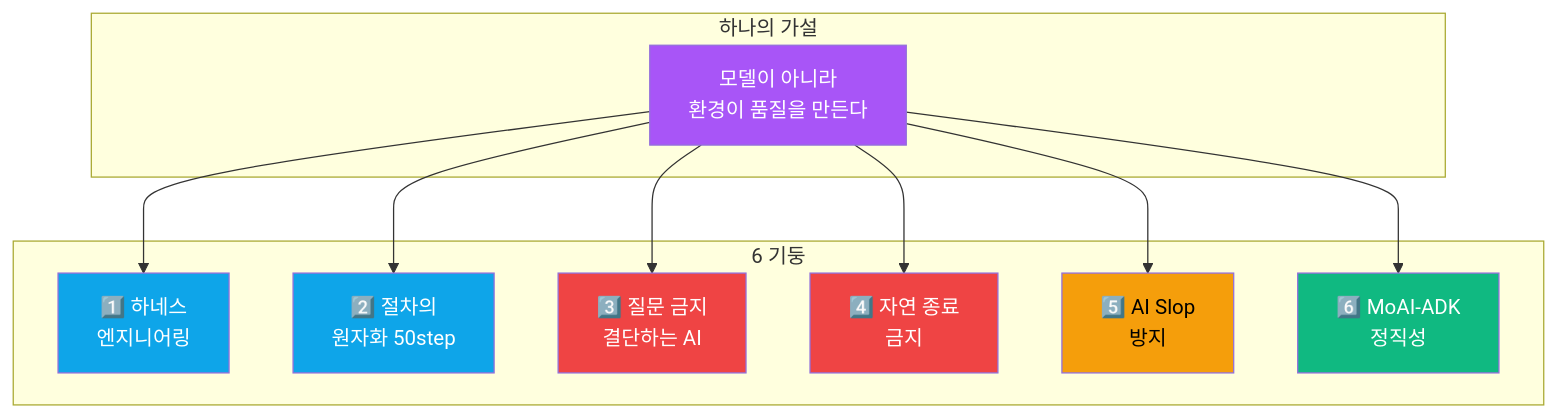
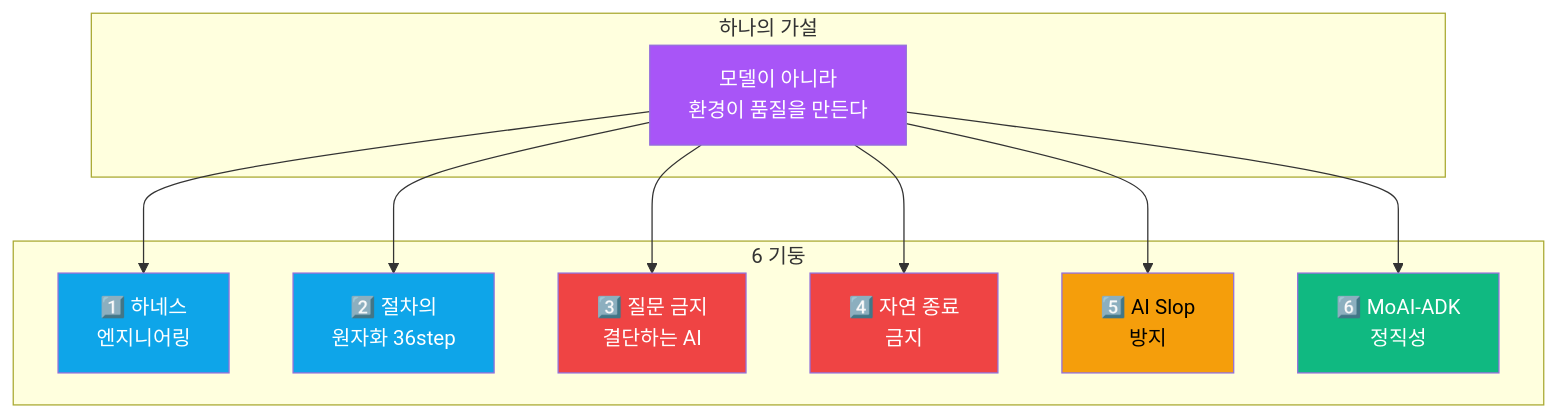
Before and after one commit to Technoetic/harness20: the third of 4 diagrams in README.md, drawn with Mermaid. The commit also changed other lines of this file and 27 other files, not shown here.

````diff
--- a/README.md
+++ b/README.md
@@ -370,30 +421,30 @@
 ```mermaid
 graph TB
     subgraph philosophy["하나의 가설"]
         H["모델이 아니라<br/>환경이 품질을 만든다"]
     end
 
     subgraph six["6 기둥"]
         P1["1️⃣ 하네스<br/>엔지니어링"]
-        P2["2️⃣ 절차의<br/>원자화 50step"]
+        P2["2️⃣ 절차의<br/>원자화 36step"]
         P3["3️⃣ 질문 금지<br/>결단하는 AI"]
         P4["4️⃣ 자연 종료<br/>금지"]
         P5["5️⃣ AI Slop<br/>방지"]
         P6["6️⃣ MoAI-ADK<br/>정직성"]
     end
 
     H --> P1
     H --> P2
     H --> P3
     H --> P4
     H --> P5
     H --> P6
 
     style H fill:#A855F7,color:#fff
     style P1 fill:#0EA5E9,color:#fff
     style P2 fill:#0EA5E9,color:#fff
     style P3 fill:#EF4444,color:#fff
     style P4 fill:#EF4444,color:#fff
     style P5 fill:#F59E0B,color:#000
     style P6 fill:#10B981,color:#fff
 ```
````
